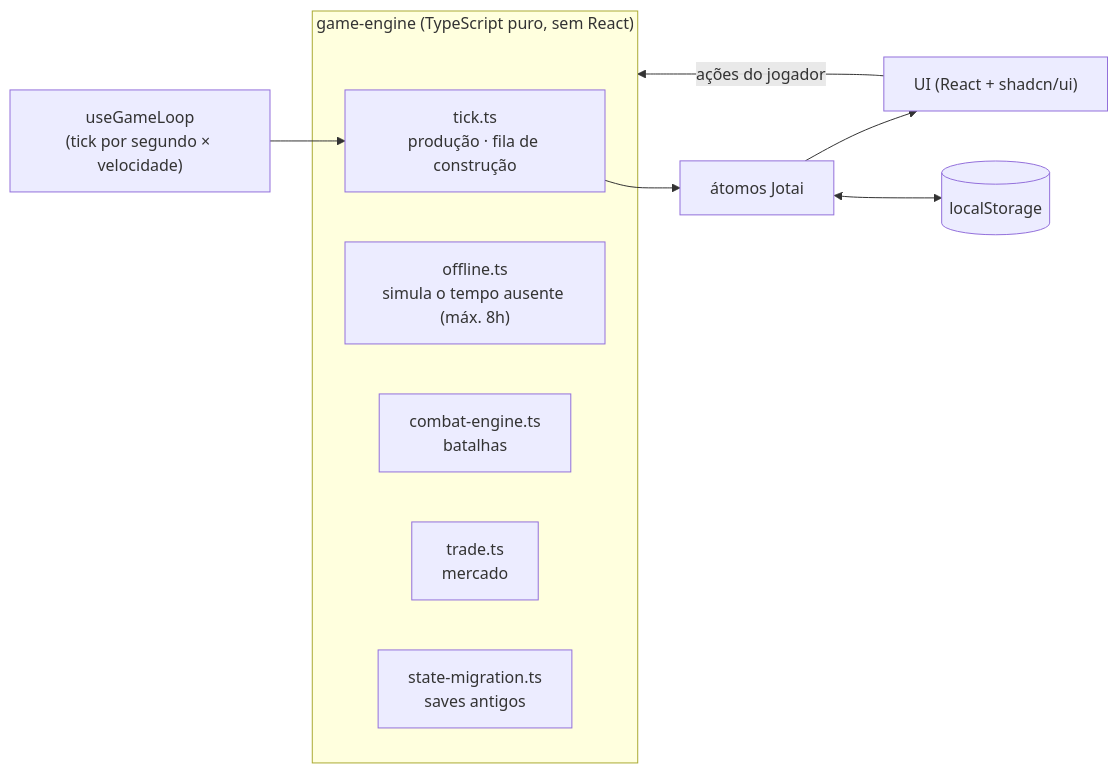
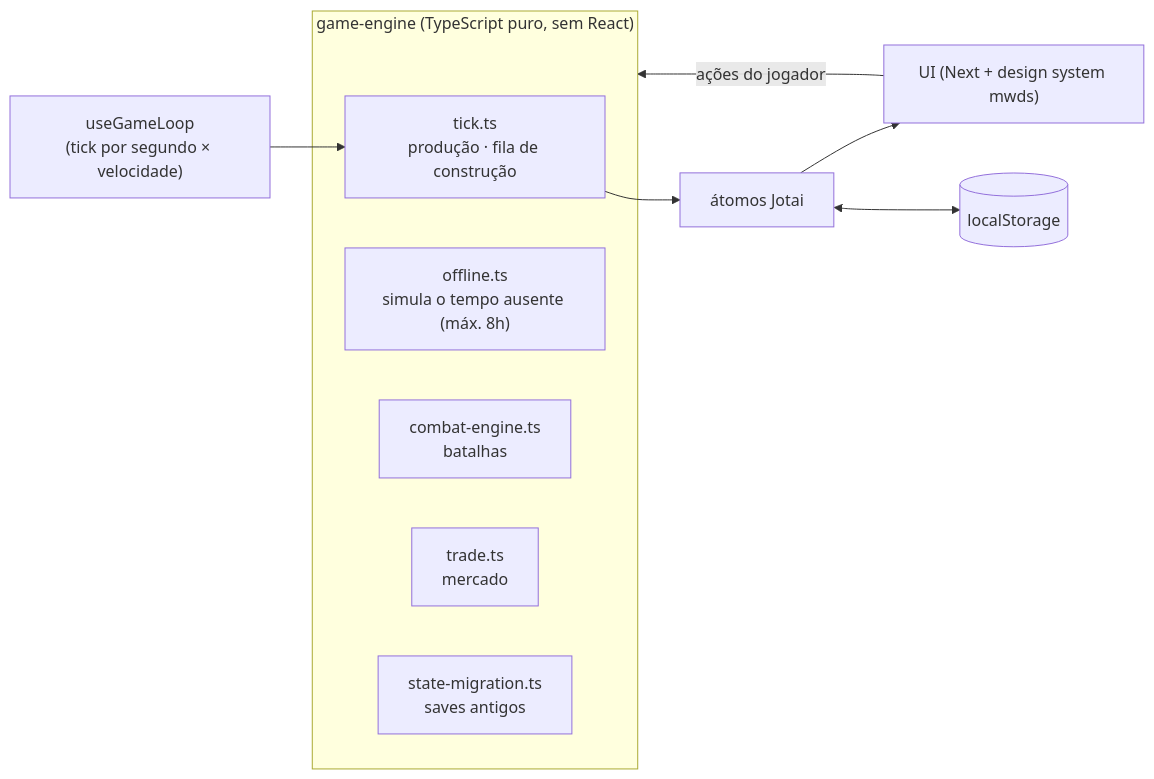
One commit to wenderu00/the-galadur changed the diagram in README.md. Above: the diagram before and after it, drawn with Mermaid. The commit also changed other lines of this file and 203 other files, not shown here.

First line of the commit message:
feat: migra o Galadur para Next 16 e o design system mwds

````diff
--- a/README.md
+++ b/README.md
@@ -22,14 +22,14 @@
 ```mermaid
 flowchart LR
   loop["useGameLoop<br/>(tick por segundo × velocidade)"] --> tick
   subgraph engine["game-engine (TypeScript puro, sem React)"]
     tick["tick.ts<br/>produção · fila de construção"]
     offline["offline.ts<br/>simula o tempo ausente (máx. 8h)"]
     combat["combat-engine.ts<br/>batalhas"]
     trade["trade.ts<br/>mercado"]
     migr["state-migration.ts<br/>saves antigos"]
   end
-  tick --> atoms["átomos Jotai"] --> ui["UI (React + shadcn/ui)"]
+  tick --> atoms["átomos Jotai"] --> ui["UI (Next + design system mwds)"]
   atoms <--> storage[("localStorage")]
   ui -->|ações do jogador| engine
 ```
````
